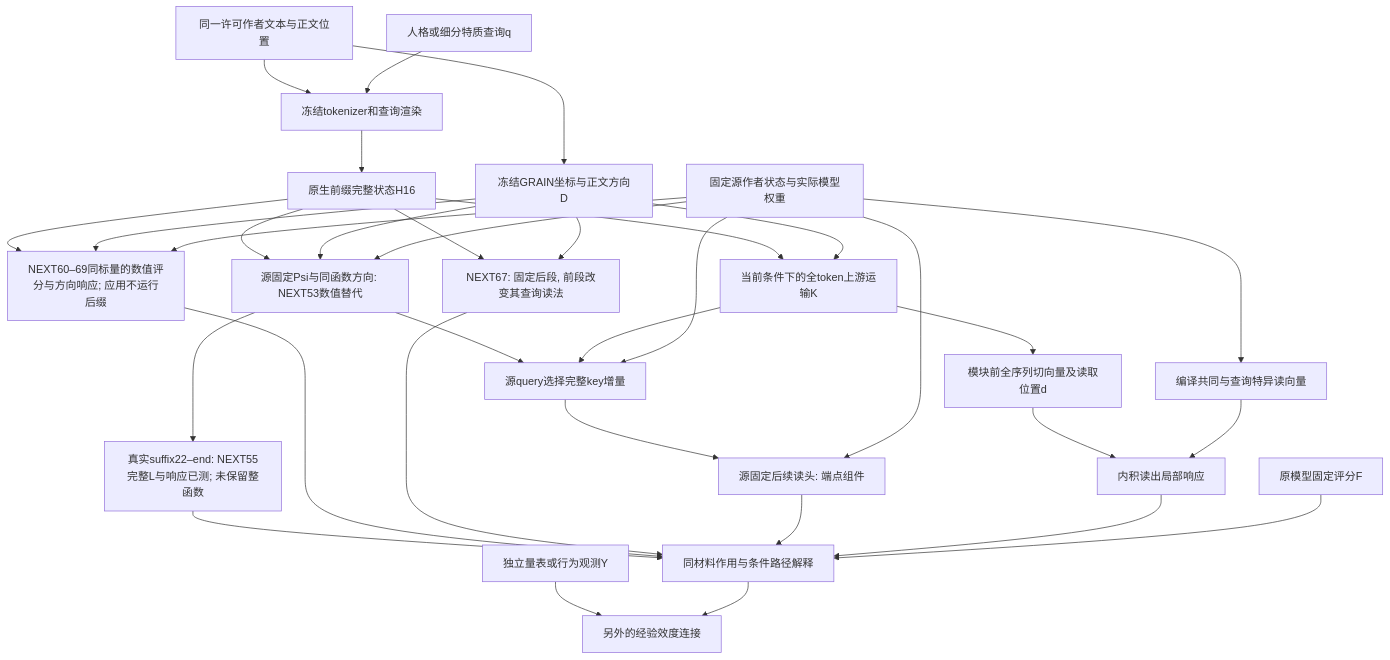
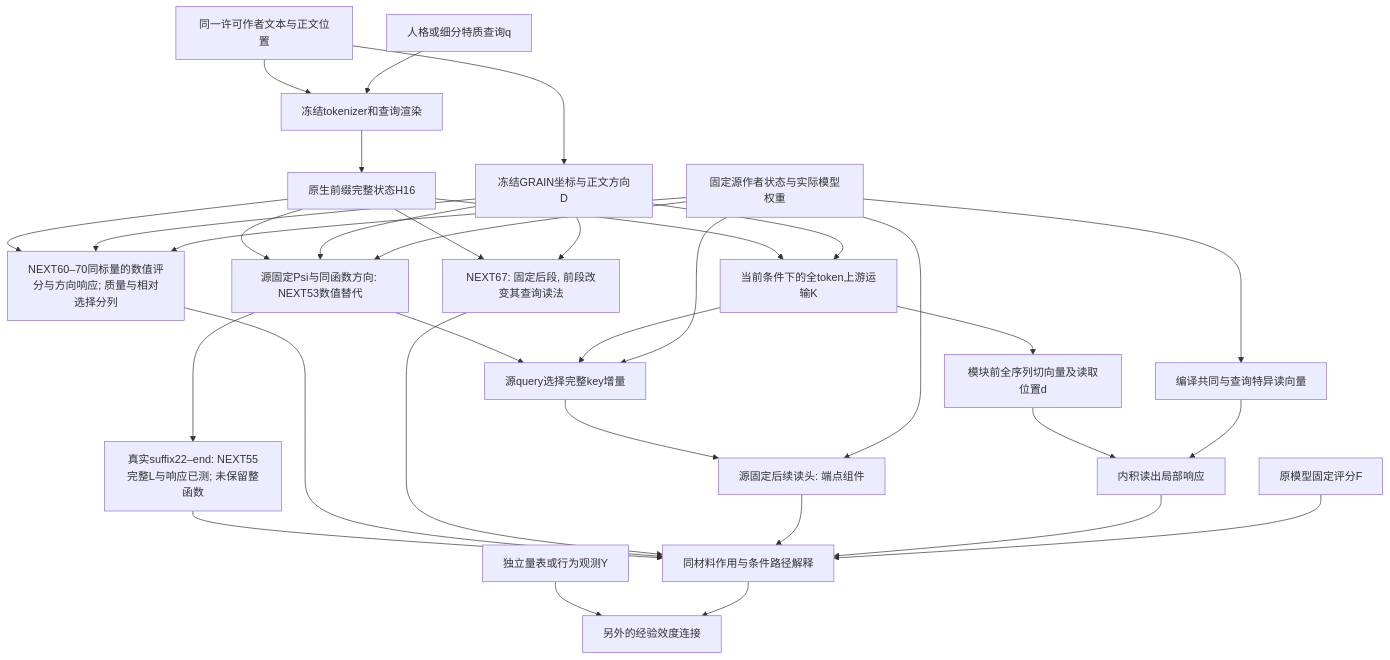
One commit to reiserhhh/GRAIN changed the diagram in docs/GRAIN_UPSTREAM_MECHANISM_INTEGRATION_V1.md. Above: the diagram before and after it, drawn with Mermaid. The commit also changed other lines of this file and 16 other files, not shown here.

````diff
--- a/docs/GRAIN_UPSTREAM_MECHANISM_INTEGRATION_V1.md
+++ b/docs/GRAIN_UPSTREAM_MECHANISM_INTEGRATION_V1.md
@@ -8,35 +8,35 @@
 ```mermaid
 flowchart TD
   T[同一许可作者文本与正文位置] --> G[冻结GRAIN坐标与正文方向D]
   T --> R[冻结tokenizer和查询渲染]
   Q[人格或细分特质查询q] --> R
   R --> H[原生前缀完整状态H16]
   H --> K[当前条件下的全token上游运输K]
   H --> P[源固定Psi与同函数方向: NEXT53数值替代]
   G --> P
   S --> P
   P --> U
   P --> W[真实suffix22–end: NEXT55完整L与响应已测; 未保留整函数]
   W --> J
-  H --> Z[NEXT60–69同标量的数值评分与方向响应; 应用不运行后缀]
+  H --> Z[NEXT60–70同标量的数值评分与方向响应; 质量与相对选择分列]
   G --> Z
   S --> Z
   Z --> J
   H --> I[NEXT67: 固定后段, 前段改变其查询读法]
   G --> I
   I --> J
   G --> K
   K --> D[模块前全序列切向量及读取位置d]
   S[固定源作者状态与实际模型权重] --> V[编译共同与查询特异读向量]
   D --> A[内积读出局部响应]
   V --> A
   K --> U[源query选择完整key增量]
   S --> U
   U --> C[源固定后续读头: 端点组件]
   S --> C
   C --> J
   A --> J[同材料作用与条件路径解释]
   F[原模型固定评分F] --> J
   Y[独立量表或行为观测Y] --> E[另外的经验效度连接]
   J --> E
 ```
````
